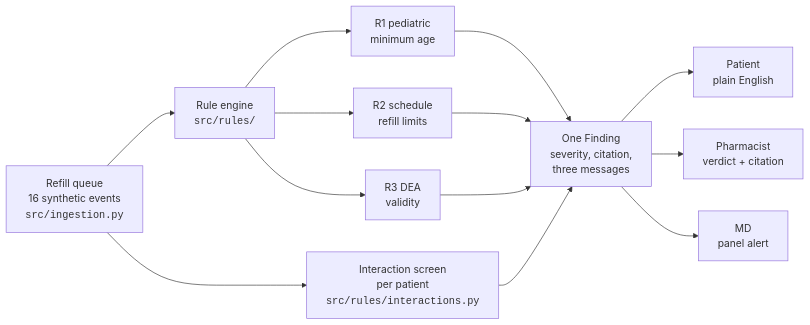
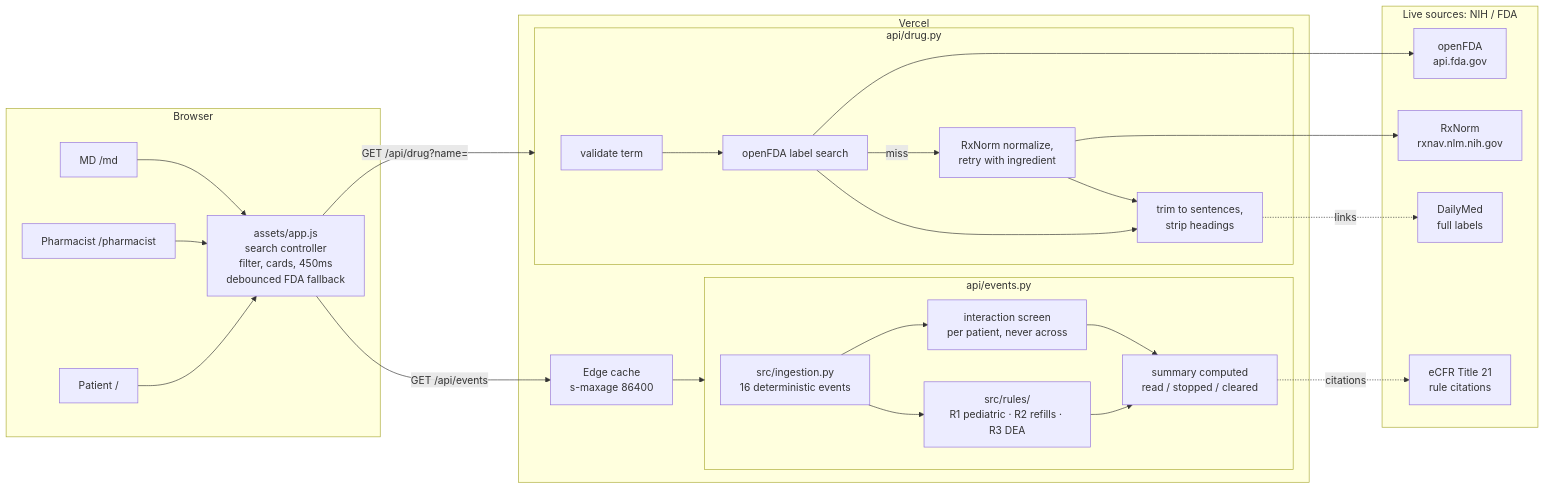
Before and after one commit to AidanColvin/prescription-event-stream: the first of 2 diagrams in README.md, drawn with Mermaid. The commit also changed other lines of this file and 1 other file, not shown here.

Commit message:
docs: system architecture and search flow diagrams, sequence diagram in readme

````diff
--- a/README.md
+++ b/README.md
@@ -35,15 +37,40 @@
 ```mermaid
 flowchart LR
-    A["Refill queue<br/>16 synthetic events<br/><code>src/ingestion.py</code>"] --> B["Rule engine<br/><code>src/rules/</code>"]
-    B --> R1["R1 pediatric<br/>minimum age"]
-    B --> R2["R2 schedule<br/>refill limits"]
-    B --> R3["R3 DEA<br/>validity"]
-    A --> S["Interaction screen<br/>per patient<br/><code>src/rules/interactions.py</code>"]
-    R1 --> F["One Finding<br/>severity, citation,<br/>three messages"]
-    R2 --> F
-    R3 --> F
-    S --> F
-    F --> P1["Patient<br/>plain English"]
-    F --> P2["Pharmacist<br/>verdict + citation"]
-    F --> P3["MD<br/>panel alert"]
+    subgraph Browser
+        P1["Patient  /"]
+        P2["Pharmacist  /pharmacist"]
+        P3["MD  /md"]
+        JS["assets/app.js<br/>search controller<br/>filter, cards, 450ms<br/>debounced FDA fallback"]
+    end
+
+    subgraph Vercel
+        EC["Edge cache<br/>s-maxage 86400"]
+        subgraph EV["api/events.py"]
+            ING["src/ingestion.py<br/>16 deterministic events"] --> RULES["src/rules/<br/>R1 pediatric · R2 refills · R3 DEA"]
+            ING --> SCREEN["interaction screen<br/>per patient, never across"]
+            RULES --> SUM["summary computed<br/>read / stopped / cleared"]
+            SCREEN --> SUM
+        end
+        subgraph DR["api/drug.py"]
+            VAL["validate term"] --> LBL["openFDA label search"]
+            LBL -->|miss| NORM["RxNorm normalize,<br/>retry with ingredient"]
+            LBL --> SHAPE["trim to sentences,<br/>strip headings"]
+            NORM --> SHAPE
+        end
+    end
+
+    subgraph Federal["Live sources: NIH / FDA"]
+        FDA["openFDA<br/>api.fda.gov"]
+        RX["RxNorm<br/>rxnav.nlm.nih.gov"]
+        DM["DailyMed<br/>full labels"]
+        CFR["eCFR Title 21<br/>rule citations"]
+    end
+
+    P1 & P2 & P3 --> JS
+    JS -->|"GET /api/events"| EC --> EV
+    JS -->|"GET /api/drug?name="| DR
+    LBL --> FDA
+    NORM --> RX
+    SHAPE -.->|links| DM
+    SUM -.->|citations| CFR
 ```
````
